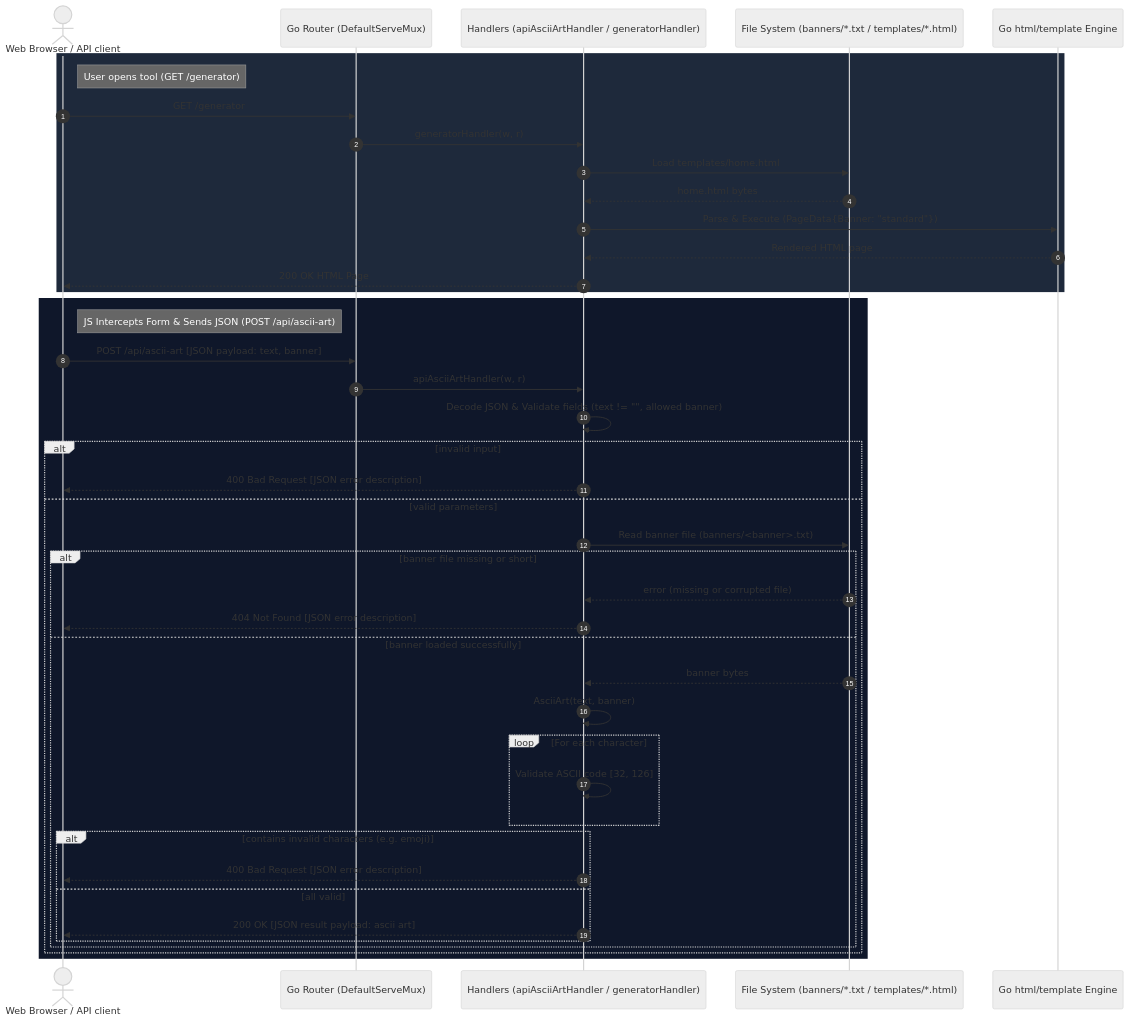
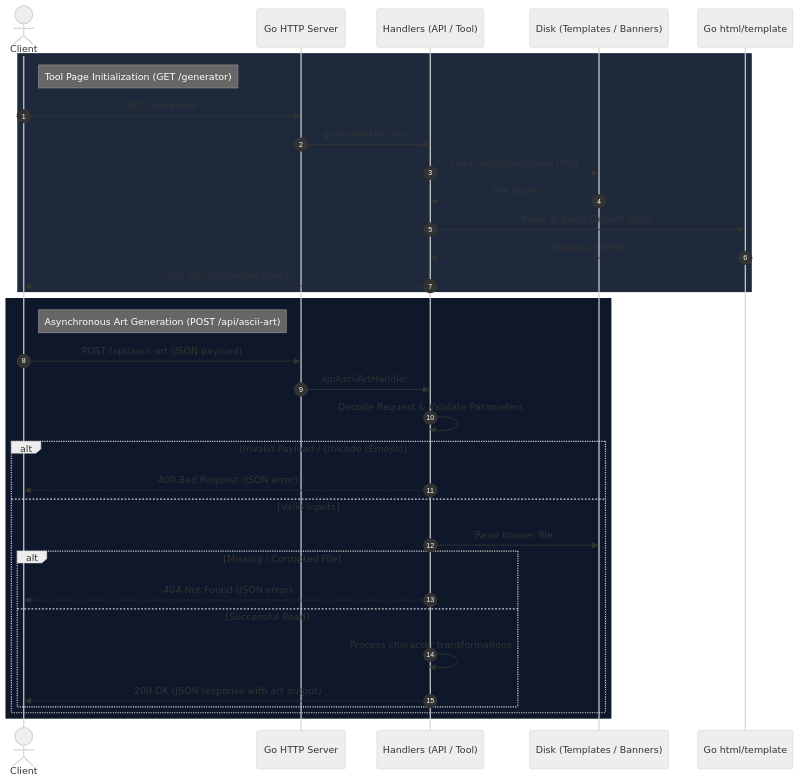
Before and after one commit to jezreal-dev/ascii-art-web-generator: the second of 2 diagrams in walkthrough.md, drawn with Mermaid (neutral theme). The commit also changed other lines of this file and 5 other files, not shown here.

````diff
--- a/walkthrough.md
+++ b/walkthrough.md
@@ -78,47 +64,38 @@
 ```mermaid
 sequenceDiagram
     autonumber
-    actor Client as Web Browser / API client
-    participant Router as Go Router (DefaultServeMux)
-    participant Handler as Handlers (apiAsciiArtHandler / generatorHandler)
-    participant FS as File System (banners/*.txt / templates/*.html)
-    participant Template as Go html/template Engine
+    actor User as Client
+    participant Router as Go HTTP Server
+    participant Handler as Handlers (API / Tool)
+    participant Disk as Disk (Templates / Banners)
+    participant TmplEngine as Go html/template
 
     rect rgb(30, 41, 59)
-        note right of Client: User opens tool (GET /generator)
-        Client->>Router: GET /generator
-        Router->>Handler: generatorHandler(w, r)
-        Handler->>FS: Load templates/home.html
-        FS-->>Handler: home.html bytes
-        Handler->>Template: Parse & Execute (PageData{Banner: "standard"})
-        Template-->>Handler: Rendered HTML page
-        Handler-->>Client: 200 OK HTML Page
+        note right of User: Tool Page Initialization (GET /generator)
+        User->>Router: GET /generator
+        Router->>Handler: generatorHandler
+        Handler->>Disk: Load templates/home.html
+        Disk-->>Handler: File Bytes
+        Handler->>TmplEngine: Parse & Inject Default State
+        TmplEngine-->>Handler: Rendered HTML
+        Handler-->>User: 200 OK (Interactive Form)
     end
 
     rect rgb(15, 23, 42)
-        note right of Client: JS Intercepts Form & Sends JSON (POST /api/ascii-art)
-        Client->>Router: POST /api/ascii-art [JSON payload: text, banner]
-        Router->>Handler: apiAsciiArtHandler(w, r)
-        Handler->>Handler: Decode JSON & Validate fields (text != "", allowed banner)
-        alt invalid input
-            Handler-->>Client: 400 Bad Request [JSON error description]
-        else valid parameters
-            Handler->>FS: Read banner file (banners/<banner>.txt)
-            alt banner file missing or short
-                FS-->>Handler: error (missing or corrupted file)
-                Handler-->>Client: 404 Not Found [JSON error description]
-            else banner loaded successfully
-                FS-->>Handler: banner bytes
-                Handler->>Handler: AsciiArt(text, banner)
-                loop For each character
-                    Handler->>Handler: Validate ASCII code [32, 126]
-                end
-                alt contains invalid characters (e.g. emoji)
-                    Handler-->>Client: 400 Bad Request [JSON error description]
-                else all valid
-                    Handler-->>Client: 200 OK [JSON result payload: ascii art]
-                end
+        note right of User: Asynchronous Art Generation (POST /api/ascii-art)
+        User->>Router: POST /api/ascii-art (JSON payload)
+        Router->>Handler: apiAsciiArtHandler
+        Handler->>Handler: Decode Request & Validate Parameters
+        alt Invalid Payload / Unicode (Emojis)
+            Handler-->>User: 400 Bad Request (JSON error)
+        else Valid Inputs
+            Handler->>Disk: Read banner file
+            alt Missing / Corrupted File
+                Handler-->>User: 404 Not Found (JSON error)
+            else Successful Read
+                Handler->>Handler: Process character transformations
+                Handler-->>User: 200 OK (JSON response with art output)
             end
         end
     end
 ```
````
